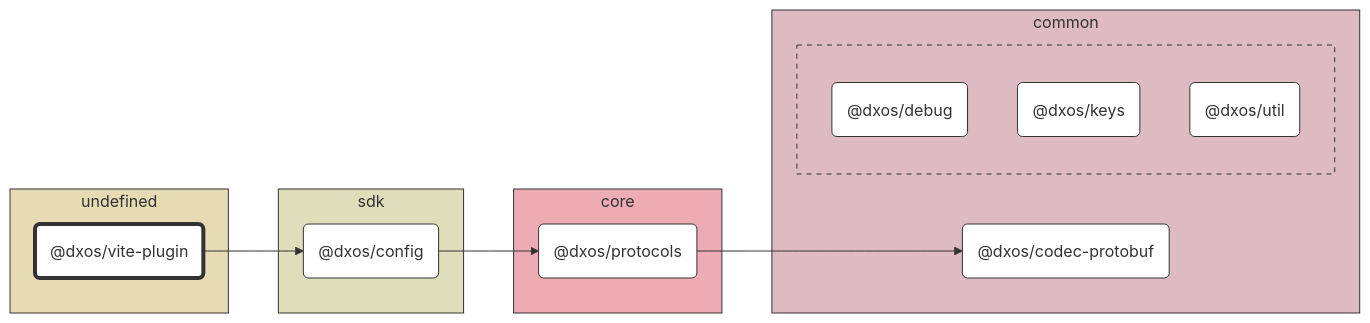
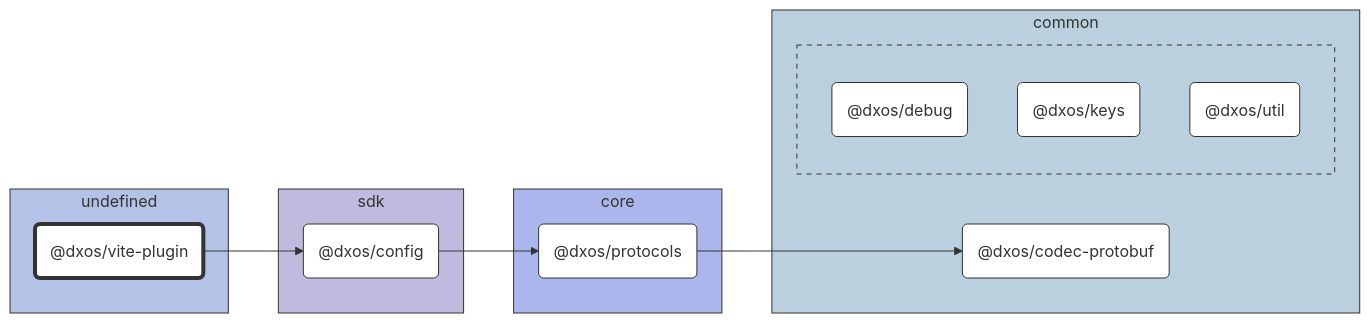
Before and after one commit to dxos/dxos: the diagram in tools/vite-plugin/docs/README.md, drawn with Mermaid. The commit also changed 86 other files, not shown here.

````diff
--- a/tools/vite-plugin/docs/README.md
+++ b/tools/vite-plugin/docs/README.md
@@ -7,51 +7,51 @@
 ```mermaid
 %%{ init: {'flowchart':{'curve':'basis'}} }%%
 
 flowchart LR
 
 %% Classes
 classDef def fill:#fff,stroke:#333,stroke-width:1px
 classDef root fill:#fff,stroke:#333,stroke-width:4px
 
 %% Nodes
 
 subgraph undefined [undefined]
-  style undefined fill:#e6dbb3,stroke:#333
+  style undefined fill:#b3c2e6,stroke:#333
   dxos/vite-plugin("@dxos/vite-plugin"):::root
   click dxos/vite-plugin "dxos/dxos/tree/main/tools/vite-plugin/docs"
 end
 
 subgraph sdk [sdk]
-  style sdk fill:#dddeba,stroke:#333
+  style sdk fill:#c0bade,stroke:#333
   dxos/config("@dxos/config"):::def
   click dxos/config "dxos/dxos/tree/main/packages/sdk/config/docs"
 end
 
 subgraph common [common]
-  style common fill:#debac2,stroke:#333
+  style common fill:#bad0de,stroke:#333
   dxos/codec-protobuf("@dxos/codec-protobuf"):::def
   click dxos/codec-protobuf "dxos/dxos/tree/main/packages/common/codec-protobuf/docs"
 
   subgraph _ [ ]
-    style _ fill:#debac2,stroke:#333,stroke-dasharray:5 5
+    style _ fill:#bad0de,stroke:#333,stroke-dasharray:5 5
     dxos/debug("@dxos/debug"):::def
     click dxos/debug "dxos/dxos/tree/main/packages/common/debug/docs"
     dxos/keys("@dxos/keys"):::def
     click dxos/keys "dxos/dxos/tree/main/packages/common/keys/docs"
     dxos/util("@dxos/util"):::def
     click dxos/util "dxos/dxos/tree/main/packages/common/util/docs"
   end
 end
 
 subgraph core [core]
-  style core fill:#edabb3,stroke:#333
+  style core fill:#abb6ed,stroke:#333
   dxos/protocols("@dxos/protocols"):::def
   click dxos/protocols "dxos/dxos/tree/main/packages/core/protocols/docs"
 end
 
 %% Links
 linkStyle default stroke:#333,stroke-width:1px
 dxos/vite-plugin --> dxos/config
 dxos/config --> dxos/protocols
 dxos/protocols --> dxos/codec-protobuf
 ```
````
